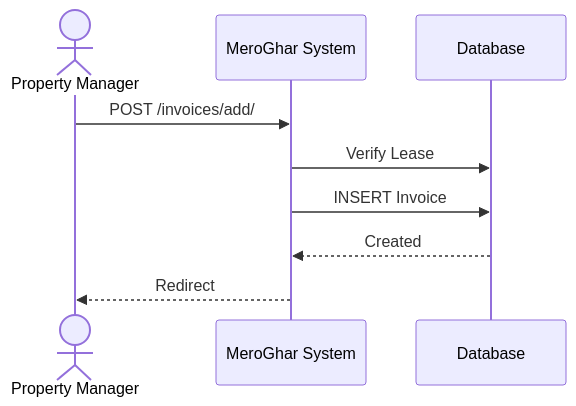
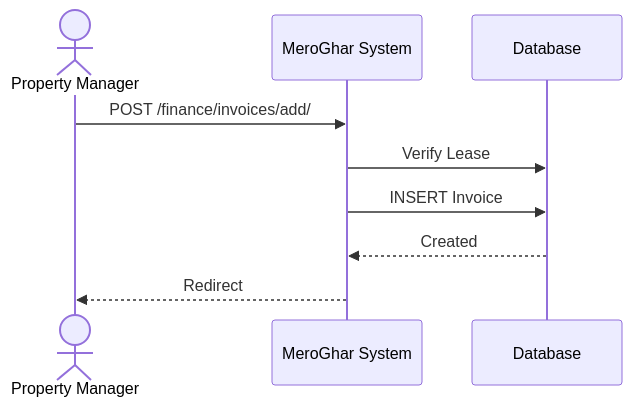
The second of 3 diagrams in docs/workflows/invoice.md (0Ankit0/meroghar), drawn with Mermaid before and after one commit. The commit also changed other lines of this file and 12 other files, not shown here.

````diff
--- a/docs/workflows/invoice.md
+++ b/docs/workflows/invoice.md
@@ -35,12 +35,12 @@
 ```mermaid
 sequenceDiagram
     actor Manager as Property Manager
     participant System as MeroGhar System
     participant DB as Database
 
-    Manager->>System: POST /invoices/add/
+    Manager->>System: POST /finance/invoices/add/
     System->>DB: Verify Lease
     System->>DB: INSERT Invoice
     DB-->>System: Created
     System-->>Manager: Redirect
 ```
````
